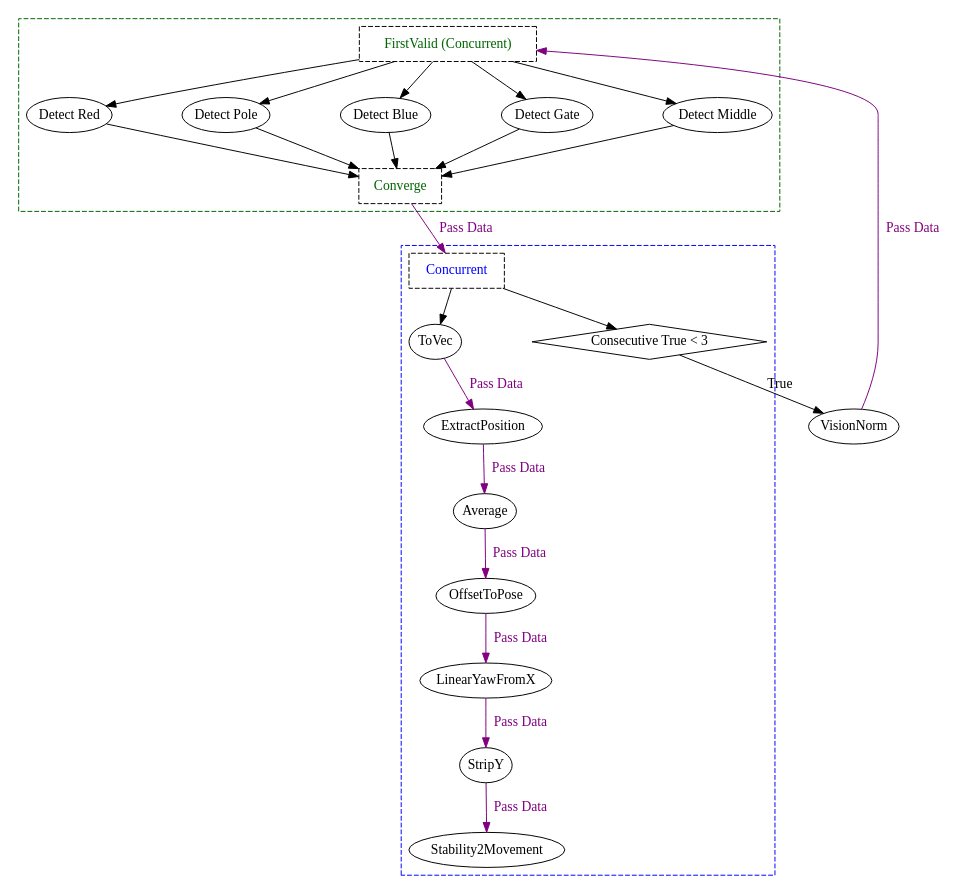
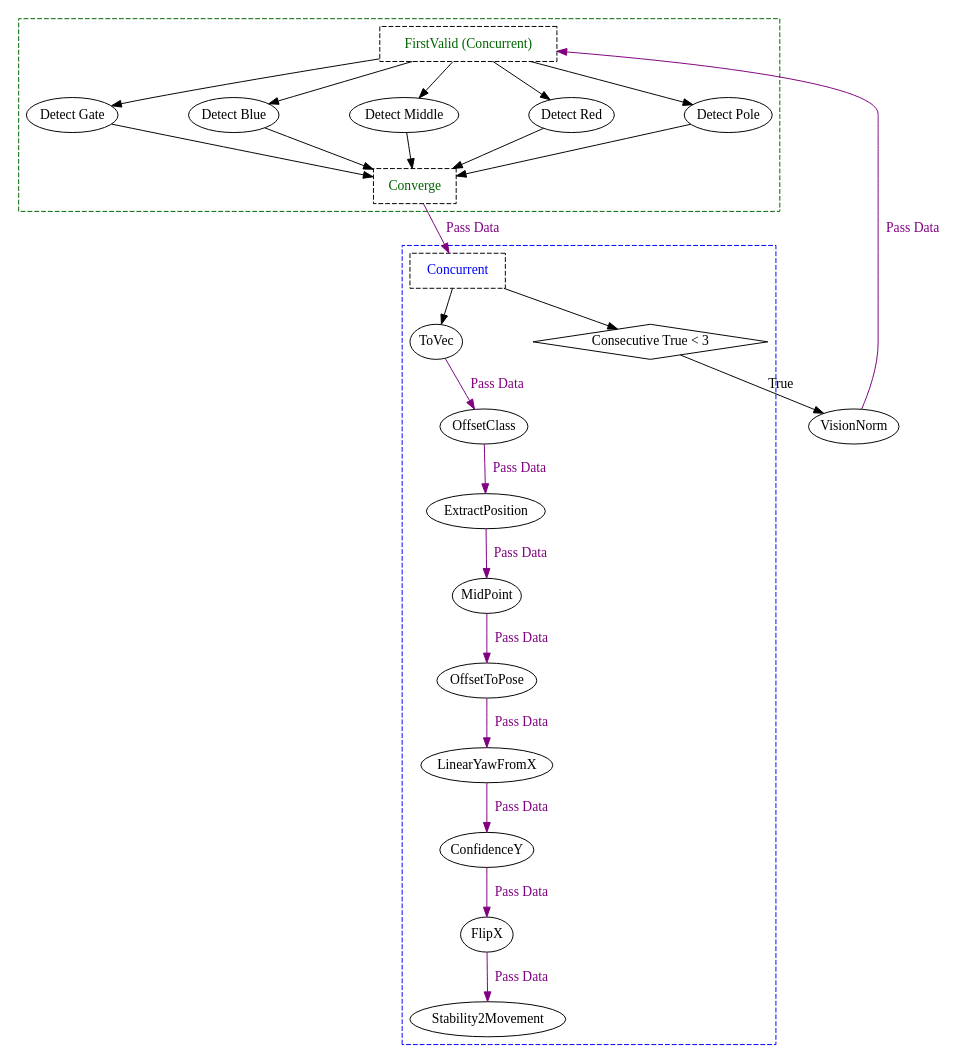
The diagram in graphs/pool_test_2024-06-22/gate/gate_run_testing.dot (ncsurobotics/SW8S-Rust), drawn with Graphviz before and after one commit. The commit also changed 23 other files, not shown here.

```diff
--- a/graphs/pool_test_2024-06-22/gate/gate_run_testing.dot
+++ b/graphs/pool_test_2024-06-22/gate/gate_run_testing.dot
@@ -1,54 +1,58 @@
 digraph G {
 	splines = true;
 	nodesep = 1.0;
 	bgcolor = "none"
-	"ab715646-655b-4179-bad8-d95af5d13456" [shape = diamond];
-	subgraph "cluster_b0100b48-fde5-4a5e-96d3-f748ce242f6f" {
+	"583d5815-901f-43e2-bc3c-be973d131481" [shape = diamond];
+	subgraph "cluster_7cc9b5f2-22e4-44e5-a67a-33cc90538599" {
 		style = dashed;
 		color = darkgreen;
-		"a03f2bfe-18b1-44b0-b596-5e0daea2bc94" -> "093dfe48-3ce6-4cfa-93e4-f89b085528a0";
-		"a03f2bfe-18b1-44b0-b596-5e0daea2bc94" -> "352e8ea7-468a-410a-8522-c0eec58d2205";
-		"a03f2bfe-18b1-44b0-b596-5e0daea2bc94" -> "c3a6a203-dd8d-499d-85da-c3284da36702";
-		"a03f2bfe-18b1-44b0-b596-5e0daea2bc94" -> "b1a8bb0d-4b89-44f8-bd11-fbbfb6c702e6";
-		"a03f2bfe-18b1-44b0-b596-5e0daea2bc94" -> "95548fe3-6cf4-45b4-8619-1b0b6ad8ad94";
-		"093dfe48-3ce6-4cfa-93e4-f89b085528a0" -> "b3df4254-221d-4f6d-be57-c343f4014799";
-		"352e8ea7-468a-410a-8522-c0eec58d2205" -> "b3df4254-221d-4f6d-be57-c343f4014799";
-		"c3a6a203-dd8d-499d-85da-c3284da36702" -> "b3df4254-221d-4f6d-be57-c343f4014799";
-		"b1a8bb0d-4b89-44f8-bd11-fbbfb6c702e6" -> "b3df4254-221d-4f6d-be57-c343f4014799";
-		"95548fe3-6cf4-45b4-8619-1b0b6ad8ad94" -> "b3df4254-221d-4f6d-be57-c343f4014799";
-		"a03f2bfe-18b1-44b0-b596-5e0daea2bc94" [label = "FirstValid (Concurrent)", shape = box, fontcolor = darkgreen, style = dashed];
-		"093dfe48-3ce6-4cfa-93e4-f89b085528a0" [label = "Detect Red", margin = 0];
-		"352e8ea7-468a-410a-8522-c0eec58d2205" [label = "Detect Pole", margin = 0];
-		"c3a6a203-dd8d-499d-85da-c3284da36702" [label = "Detect Blue", margin = 0];
-		"b1a8bb0d-4b89-44f8-bd11-fbbfb6c702e6" [label = "Detect Gate", margin = 0];
-		"95548fe3-6cf4-45b4-8619-1b0b6ad8ad94" [label = "Detect Middle", margin = 0];
-		"b3df4254-221d-4f6d-be57-c343f4014799" [label = "Converge", shape = box, fontcolor = darkgreen, style = dashed];
+		"7cf62bff-eb65-4383-8129-0487e900a3c5" -> "ac33a66a-665f-485a-a4f9-e991de888a9e";
+		"7cf62bff-eb65-4383-8129-0487e900a3c5" -> "04a72795-382d-4cfa-8d79-9b4dbaf25939";
+		"7cf62bff-eb65-4383-8129-0487e900a3c5" -> "e645c72a-522c-4a2e-83df-3fed7b9d9cdc";
+		"7cf62bff-eb65-4383-8129-0487e900a3c5" -> "62a8e397-cd80-4552-bc63-9d4dbd54390c";
+		"7cf62bff-eb65-4383-8129-0487e900a3c5" -> "0e1ec796-1a3d-4449-a019-ea2929cf182d";
+		"ac33a66a-665f-485a-a4f9-e991de888a9e" -> "62487db6-7dd2-4de9-aee2-3fe4b8f759b4";
+		"04a72795-382d-4cfa-8d79-9b4dbaf25939" -> "62487db6-7dd2-4de9-aee2-3fe4b8f759b4";
+		"e645c72a-522c-4a2e-83df-3fed7b9d9cdc" -> "62487db6-7dd2-4de9-aee2-3fe4b8f759b4";
+		"62a8e397-cd80-4552-bc63-9d4dbd54390c" -> "62487db6-7dd2-4de9-aee2-3fe4b8f759b4";
+		"0e1ec796-1a3d-4449-a019-ea2929cf182d" -> "62487db6-7dd2-4de9-aee2-3fe4b8f759b4";
+		"7cf62bff-eb65-4383-8129-0487e900a3c5" [label = "FirstValid (Concurrent)", shape = box, fontcolor = darkgreen, style = dashed];
+		"ac33a66a-665f-485a-a4f9-e991de888a9e" [label = "Detect Gate", margin = 0];
+		"04a72795-382d-4cfa-8d79-9b4dbaf25939" [label = "Detect Blue", margin = 0];
+		"e645c72a-522c-4a2e-83df-3fed7b9d9cdc" [label = "Detect Middle", margin = 0];
+		"62a8e397-cd80-4552-bc63-9d4dbd54390c" [label = "Detect Red", margin = 0];
+		"0e1ec796-1a3d-4449-a019-ea2929cf182d" [label = "Detect Pole", margin = 0];
+		"62487db6-7dd2-4de9-aee2-3fe4b8f759b4" [label = "Converge", shape = box, fontcolor = darkgreen, style = dashed];
 	}
 	
-	subgraph "cluster_d25231bc-9ed6-4037-b519-0ce09a404e08" {
+	subgraph "cluster_43f4a381-6f2f-45aa-98f9-847ec4271f2a" {
 		style = dashed;
 		color = blue;
-		"dae19d5f-2bfc-4b7b-9203-6302eea5c91e" -> "ffb3ac63-a0b8-4705-9c64-5d87d87f4d66" [color = purple, fontcolor = purple, label = "Pass Data"];
-		"fa143042-53f6-4534-a2dc-7173c057b587" -> "dae19d5f-2bfc-4b7b-9203-6302eea5c91e" [color = purple, fontcolor = purple, label = "Pass Data"];
-		"a2488724-a7f3-4705-b4da-818653424e93" -> "fa143042-53f6-4534-a2dc-7173c057b587" [color = purple, fontcolor = purple, label = "Pass Data"];
-		"86b1cbcb-bbf1-46c8-9816-71075087dd11" -> "a2488724-a7f3-4705-b4da-818653424e93" [color = purple, fontcolor = purple, label = "Pass Data"];
-		"1ec7c450-1cb9-4cab-bab7-29b7aabaaf0c" -> "86b1cbcb-bbf1-46c8-9816-71075087dd11" [color = purple, fontcolor = purple, label = "Pass Data"];
-		"569dd3f8-6db4-485e-9e6e-40ea67b48231" -> "1ec7c450-1cb9-4cab-bab7-29b7aabaaf0c" [color = purple, fontcolor = purple, label = "Pass Data"];
-		"015e2844-8efd-4762-87f0-ed3d9fb51465" -> "569dd3f8-6db4-485e-9e6e-40ea67b48231";
-		"015e2844-8efd-4762-87f0-ed3d9fb51465" -> "ab715646-655b-4179-bad8-d95af5d13456";
-		"015e2844-8efd-4762-87f0-ed3d9fb51465" [label = "Concurrent", shape = box, fontcolor = blue, style = dashed];
-		"569dd3f8-6db4-485e-9e6e-40ea67b48231" [label = "ToVec", margin = 0];
-		"1ec7c450-1cb9-4cab-bab7-29b7aabaaf0c" [label = "ExtractPosition", margin = 0];
-		"86b1cbcb-bbf1-46c8-9816-71075087dd11" [label = "Average", margin = 0];
-		"a2488724-a7f3-4705-b4da-818653424e93" [label = "OffsetToPose", margin = 0];
-		"fa143042-53f6-4534-a2dc-7173c057b587" [label = "LinearYawFromX", margin = 0];
-		"dae19d5f-2bfc-4b7b-9203-6302eea5c91e" [label = "StripY", margin = 0];
-		"ffb3ac63-a0b8-4705-9c64-5d87d87f4d66" [label = "Stability2Movement", margin = 0];
-		"ab715646-655b-4179-bad8-d95af5d13456" [label = "Consecutive True < 3", margin = 0];
+		"64fcf5c1-a857-4a60-9ae3-d34a0223ddea" -> "66d0b7c9-b795-4e07-9f80-a08351a31351" [color = purple, fontcolor = purple, label = "Pass Data"];
+		"603da5ca-2b38-416f-a5ed-7bc7f620330f" -> "64fcf5c1-a857-4a60-9ae3-d34a0223ddea" [color = purple, fontcolor = purple, label = "Pass Data"];
+		"6cadb168-a2b8-48f4-acd6-0036f38dba96" -> "603da5ca-2b38-416f-a5ed-7bc7f620330f" [color = purple, fontcolor = purple, label = "Pass Data"];
+		"0ea7710c-895c-4948-92d8-859a4e8bfb8c" -> "6cadb168-a2b8-48f4-acd6-0036f38dba96" [color = purple, fontcolor = purple, label = "Pass Data"];
+		"80494ade-73c0-4775-9949-8c8e539062ba" -> "0ea7710c-895c-4948-92d8-859a4e8bfb8c" [color = purple, fontcolor = purple, label = "Pass Data"];
+		"9a6e8a6d-6f77-417f-852d-4bf93336f810" -> "80494ade-73c0-4775-9949-8c8e539062ba" [color = purple, fontcolor = purple, label = "Pass Data"];
+		"e7e1934f-3e79-41dd-b6d9-f90b8db27ea0" -> "9a6e8a6d-6f77-417f-852d-4bf93336f810" [color = purple, fontcolor = purple, label = "Pass Data"];
+		"3e626b3a-73f0-43eb-aa43-631685b946d9" -> "e7e1934f-3e79-41dd-b6d9-f90b8db27ea0" [color = purple, fontcolor = purple, label = "Pass Data"];
+		"259415d3-88bd-4265-88ef-8b1bc21c3136" -> "3e626b3a-73f0-43eb-aa43-631685b946d9";
+		"259415d3-88bd-4265-88ef-8b1bc21c3136" -> "583d5815-901f-43e2-bc3c-be973d131481";
+		"259415d3-88bd-4265-88ef-8b1bc21c3136" [label = "Concurrent", shape = box, fontcolor = blue, style = dashed];
+		"3e626b3a-73f0-43eb-aa43-631685b946d9" [label = "ToVec", margin = 0];
+		"e7e1934f-3e79-41dd-b6d9-f90b8db27ea0" [label = "OffsetClass", margin = 0];
+		"9a6e8a6d-6f77-417f-852d-4bf93336f810" [label = "ExtractPosition", margin = 0];
+		"80494ade-73c0-4775-9949-8c8e539062ba" [label = "MidPoint", margin = 0];
+		"0ea7710c-895c-4948-92d8-859a4e8bfb8c" [label = "OffsetToPose", margin = 0];
+		"6cadb168-a2b8-48f4-acd6-0036f38dba96" [label = "LinearYawFromX", margin = 0];
+		"603da5ca-2b38-416f-a5ed-7bc7f620330f" [label = "ConfidenceY", margin = 0];
+		"64fcf5c1-a857-4a60-9ae3-d34a0223ddea" [label = "FlipX", margin = 0];
+		"66d0b7c9-b795-4e07-9f80-a08351a31351" [label = "Stability2Movement", margin = 0];
+		"583d5815-901f-43e2-bc3c-be973d131481" [label = "Consecutive True < 3", margin = 0];
 	}
 	
-	"b3df4254-221d-4f6d-be57-c343f4014799" -> "015e2844-8efd-4762-87f0-ed3d9fb51465" [color = purple, fontcolor = purple, label = "Pass Data"];
-	"e56af21b-fb5c-4be1-a147-3025e1d802b6" -> "a03f2bfe-18b1-44b0-b596-5e0daea2bc94" [color = purple, fontcolor = purple, label = "Pass Data"];
-	"ab715646-655b-4179-bad8-d95af5d13456" -> "e56af21b-fb5c-4be1-a147-3025e1d802b6" [label = "True"];
-	"e56af21b-fb5c-4be1-a147-3025e1d802b6" [label = "VisionNorm", margin = 0];
+	"62487db6-7dd2-4de9-aee2-3fe4b8f759b4" -> "259415d3-88bd-4265-88ef-8b1bc21c3136" [color = purple, fontcolor = purple, label = "Pass Data"];
+	"783694f5-0bae-4928-91ea-117b7768bc20" -> "7cf62bff-eb65-4383-8129-0487e900a3c5" [color = purple, fontcolor = purple, label = "Pass Data"];
+	"583d5815-901f-43e2-bc3c-be973d131481" -> "783694f5-0bae-4928-91ea-117b7768bc20" [label = "True"];
+	"783694f5-0bae-4928-91ea-117b7768bc20" [label = "VisionNorm", margin = 0];
 }
```
